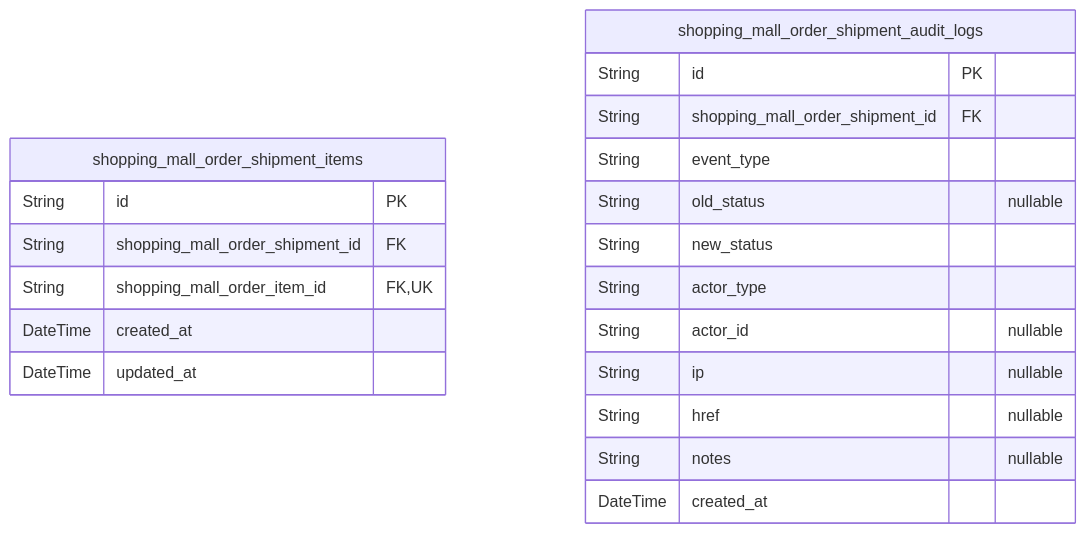
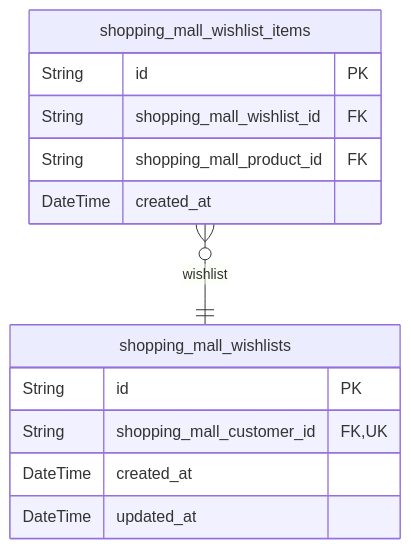
Before and after one commit to wrtnlabs/autobe-examples: the sixth of 9 diagrams in z-ai/glm-5/shopping/docs/ERD.md, drawn with Mermaid. The commit also changed other lines of this file and 17098 other files, not shown here.

````diff
--- a/z-ai/glm-5/shopping/docs/ERD.md
+++ b/z-ai/glm-5/shopping/docs/ERD.md
@@ -1389,23 +996,16 @@
 ```mermaid
 erDiagram
-"shopping_mall_order_shipment_items" {
+"shopping_mall_wishlists" {
   String id PK
-  String shopping_mall_order_shipment_id FK
-  String shopping_mall_order_item_id FK,UK
+  String shopping_mall_customer_id FK,UK
   DateTime created_at
   DateTime updated_at
 }
-"shopping_mall_order_shipment_audit_logs" {
+"shopping_mall_wishlist_items" {
   String id PK
-  String shopping_mall_order_shipment_id FK
-  String event_type
-  String old_status "nullable"
-  String new_status
-  String actor_type
-  String actor_id "nullable"
-  String ip "nullable"
-  String href "nullable"
-  String notes "nullable"
+  String shopping_mall_wishlist_id FK
+  String shopping_mall_product_id FK
   DateTime created_at
 }
+"shopping_mall_wishlist_items" }o--|| "shopping_mall_wishlists" : wishlist
 ```
````
